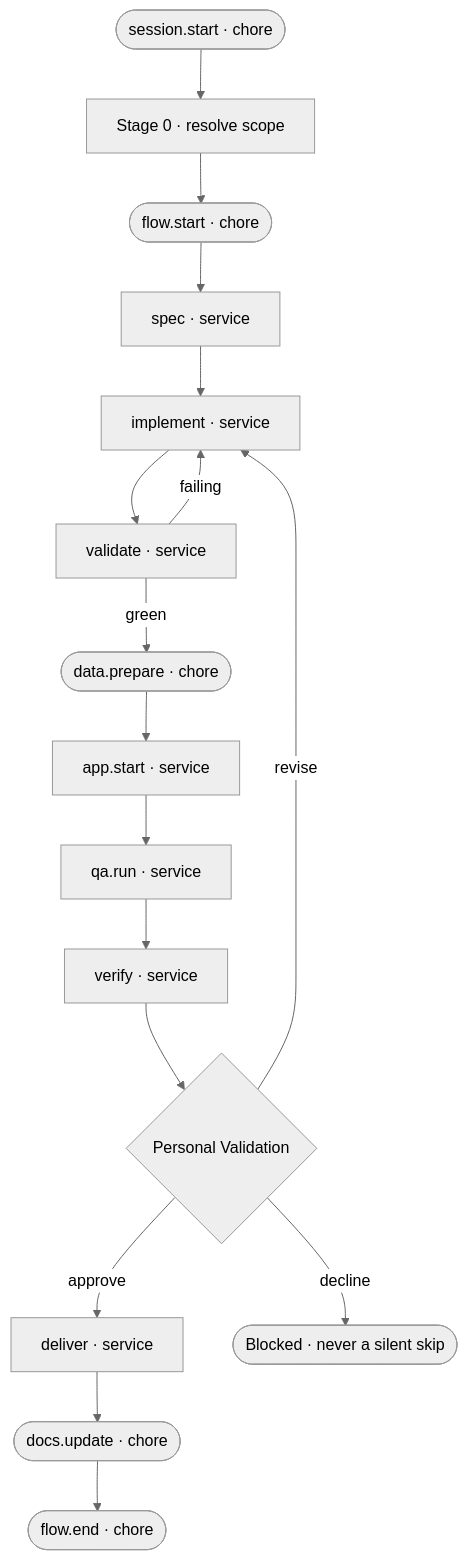
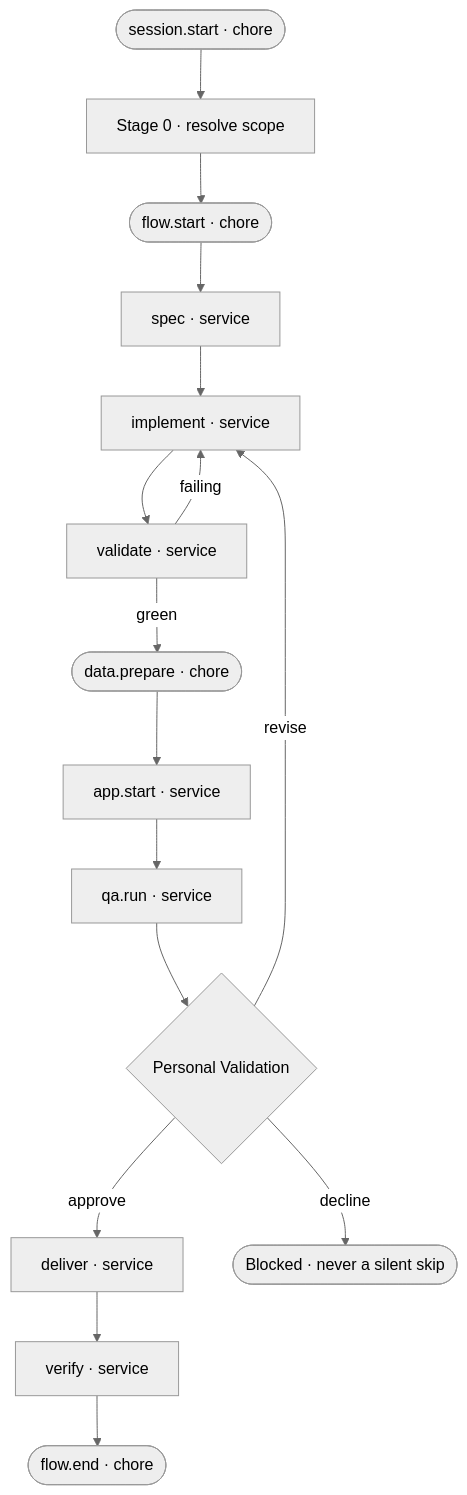
The third of 3 diagrams in .devbook/domain/plugin-authoring/flow.md (JSdotNet/devbook), drawn with Mermaid (neutral theme) before and after one commit. The commit also changed other lines of this file and 42 other files, not shown here.

````diff
--- a/.devbook/domain/plugin-authoring/flow.md
+++ b/.devbook/domain/plugin-authoring/flow.md
@@ -78,19 +78,18 @@
 ```mermaid
 flowchart TD
     sessionStart(["session.start · chore"]) --> stage0["Stage 0 · resolve scope"]
     stage0 --> flowStart(["flow.start · chore"])
     flowStart --> spec["spec · service"]
     spec --> implement["implement · service"]
     implement --> validate["validate · service"]
     validate -->|failing| implement
     validate -->|green| dataPrepare(["data.prepare · chore"])
     dataPrepare --> appStart["app.start · service"]
     appStart --> qaRun["qa.run · service"]
-    qaRun --> verify["verify · service"]
-    verify --> gate{"Personal Validation"}
+    qaRun --> gate{"Personal Validation"}
     gate -->|approve| deliver["deliver · service"]
     gate -->|revise| implement
     gate -->|decline| stop(["Blocked · never a silent skip"])
-    deliver --> docsUpdate(["docs.update · chore"])
-    docsUpdate --> flowEnd(["flow.end · chore"])
+    deliver --> verify["verify · service"]
+    verify --> flowEnd(["flow.end · chore"])
 ```
````
